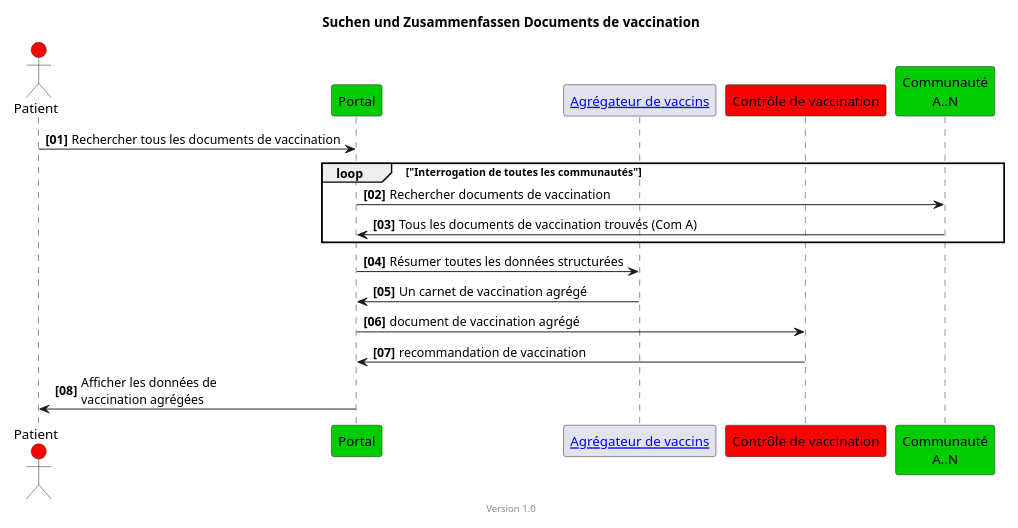
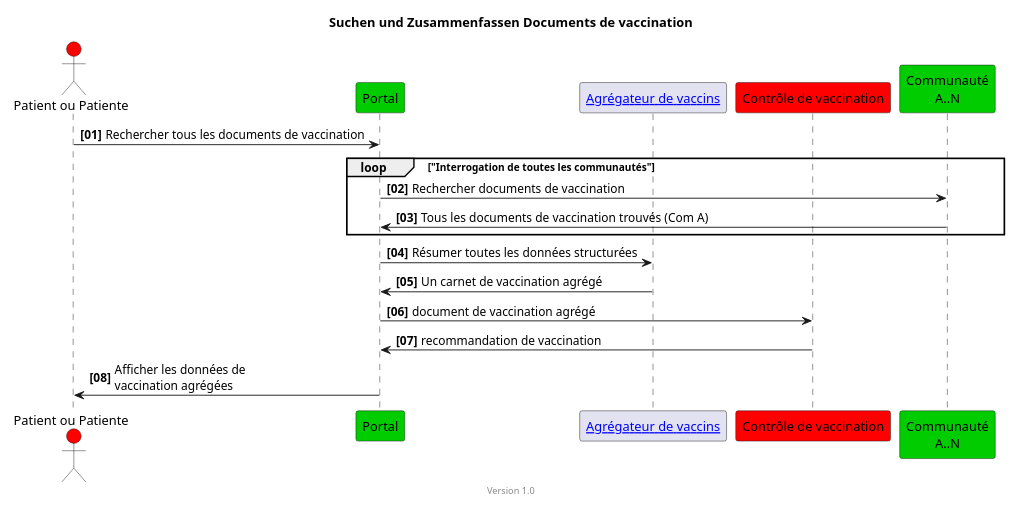
One commit to hl7ch/ch-vacd changed the diagram in input/images-source/epd-impfcheck-vaccination-docs-simple-patient-fr.plantuml. Above: the diagram before and after it, drawn with PlantUML. The commit also changed 7 other files, not shown here.

Commit message:
genderize the patient entries in the diagrams. add missing diagrams into pages (#390)

```diff
--- a/input/images-source/epd-impfcheck-vaccination-docs-simple-patient-fr.plantuml
+++ b/input/images-source/epd-impfcheck-vaccination-docs-simple-patient-fr.plantuml
@@ -1,27 +1,27 @@
 @startuml
 title Suchen und Zusammenfassen Documents de vaccination
 footer Version 1.0
 skinparam responseMessageBelowArrow true
 scale max 800 width
 
-actor Patient #red
+actor "Patient ou Patiente" as pat #red
 participant "Portal" #00CC00
 participant "[[aggregator.html Agrégateur de vaccins]]" as aggr
 participant "Contrôle de vaccination" #red
 
 participant "Communauté\nA..N" #00CC00
 
 autonumber "<b>[00]"
-Patient -> "Portal": Rechercher tous les documents de vaccination
+pat -> "Portal": Rechercher tous les documents de vaccination
 loop "Interrogation de toutes les communautés"
 "Portal" -> "Communauté\nA..N": Rechercher documents de vaccination
 "Communauté\nA..N" -> "Portal": Tous les documents de vaccination trouvés (Com A)
 end
 "Portal" -> aggr: Résumer toutes les données structurées
 aggr ->  "Portal": Un carnet de vaccination agrégé
 ' "Portal" -> "Portal": pseudonymiser
 "Portal" ->  "Contrôle de vaccination": document de vaccination agrégé
 "Contrôle de vaccination" -> "Portal": recommandation de vaccination
-"Portal" -> Patient: Afficher les données de\nvaccination agrégées
+"Portal" -> pat: Afficher les données de\nvaccination agrégées
 
 @enduml
```
